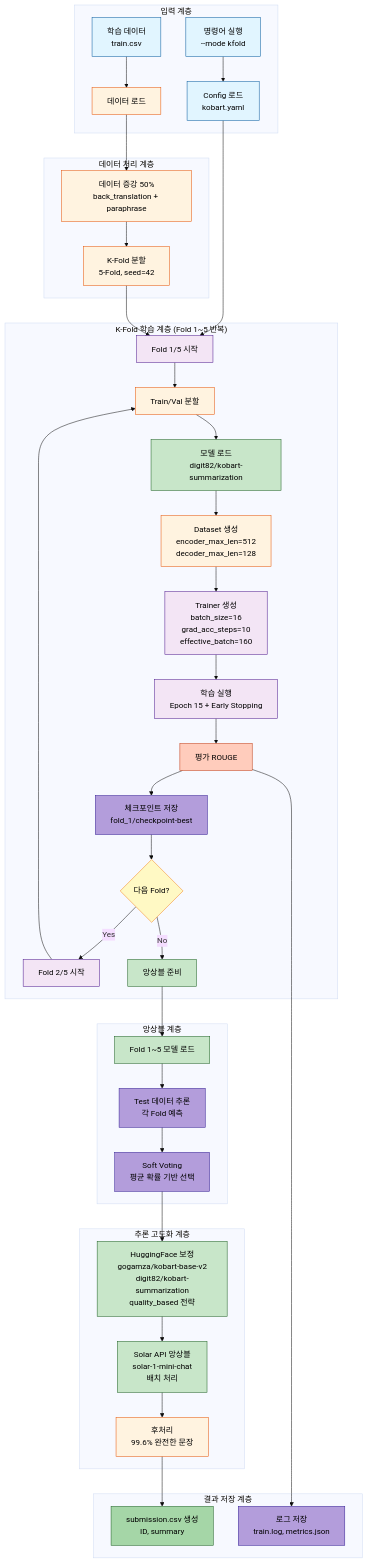
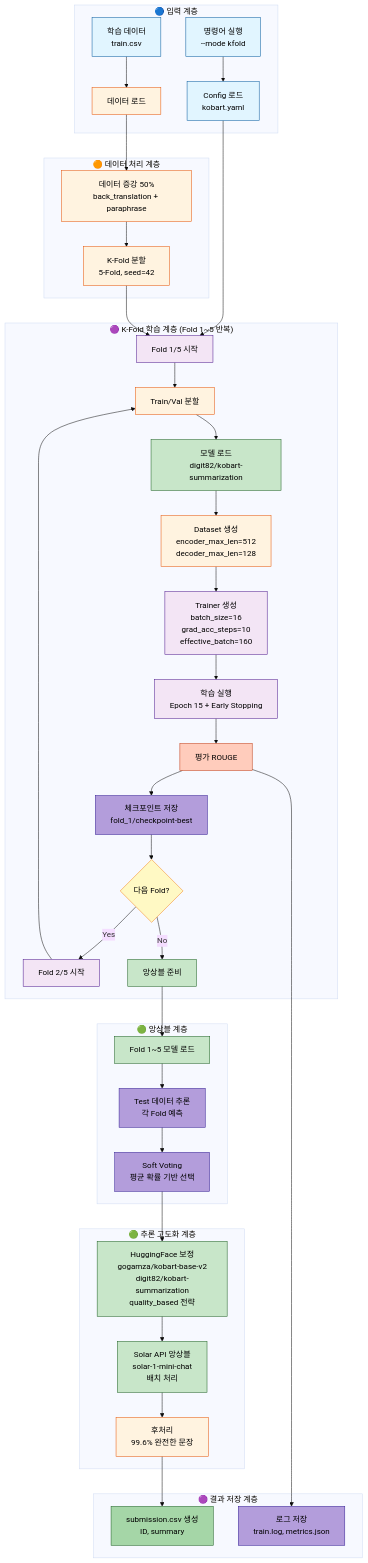
The third of 6 diagrams in docs/모듈화/04_02_KoBART_단일모델_최강_성능_전략.md (AIBootcamp14/naturallanguageprocessingcompetition-nlp-1), drawn with Mermaid (base theme) before and after one commit. The commit also changed other lines of this file, not shown here.

Commit message:
docs: Mermaid subgraph에 ID 및 이모지 추가 변경 내용: - 모든 subgraph에 고유 ID 부여 - 계층별 이모지 추가로 가독성 향상   - 🔵 입력 계층 (input)   - 🟠 데이터 처리 계층 (processing)   - 🟣 최적화/학습 계층 (optimization/training)   - 🟢 앙상블/추론 계층 (ensemble/inference)   - 🟣 결과 저장 계층 (results)   - ⚠️ 중요 정보 (warning) 적용 대상: - 전략 1: Optuna 최적화 파이프라인 - 전략 2: K-Fold 학습 파이프라인 변경 파일: - docs/모듈화/04_02_KoBART_단일모델_최강_성능_전략.md

````diff
--- a/docs/모듈화/04_02_KoBART_단일모델_최강_성능_전략.md
+++ b/docs/모듈화/04_02_KoBART_단일모델_최강_성능_전략.md
@@ -267,71 +267,71 @@
 ```mermaid
 graph TB
-    subgraph "입력 계층"
+    subgraph input["🔵 입력 계층"]
         A[명령어 실행<br/>--mode kfold] --> B[Config 로드<br/>kobart.yaml]
         A1[학습 데이터<br/>train.csv] --> C[데이터 로드]
     end
 
-    subgraph "데이터 처리 계층"
+    subgraph processing["🟠 데이터 처리 계층"]
         C --> D[데이터 증강 50%<br/>back_translation + paraphrase]
         D --> E[K-Fold 분할<br/>5-Fold, seed=42]
     end
 
-    subgraph "K-Fold 학습 계층 (Fold 1~5 반복)"
+    subgraph training["🟣 K-Fold 학습 계층 (Fold 1~5 반복)"]
         B --> F[Fold 1/5 시작]
         E --> F
         F --> G[Train/Val 분할]
         G --> H[모델 로드<br/>digit82/kobart-summarization]
         H --> I[Dataset 생성<br/>encoder_max_len=512<br/>decoder_max_len=128]
         I --> J[Trainer 생성<br/>batch_size=16<br/>grad_acc_steps=10<br/>effective_batch=160]
         J --> K[학습 실행<br/>Epoch 15 + Early Stopping]
         K --> L[평가 ROUGE]
         L --> M[체크포인트 저장<br/>fold_1/checkpoint-best]
         M --> N{다음 Fold?}
         N -->|Yes| O[Fold 2/5 시작]
         O --> G
         N -->|No| P[앙상블 준비]
     end
 
-    subgraph "앙상블 계층"
+    subgraph ensemble["🟢 앙상블 계층"]
         P --> Q[Fold 1~5 모델 로드]
         Q --> R[Test 데이터 추론<br/>각 Fold 예측]
         R --> S[Soft Voting<br/>평균 확률 기반 선택]
     end
 
-    subgraph "추론 고도화 계층"
+    subgraph inference["🟢 추론 고도화 계층"]
         S --> T[HuggingFace 보정<br/>gogamza/kobart-base-v2<br/>digit82/kobart-summarization<br/>quality_based 전략]
         T --> U[Solar API 앙상블<br/>solar-1-mini-chat<br/>배치 처리]
         U --> V[후처리<br/>99.6% 완전한 문장]
     end
 
-    subgraph "결과 저장 계층"
+    subgraph results["🟣 결과 저장 계층"]
         V --> W[submission.csv 생성<br/>ID, summary]
         L --> X[로그 저장<br/>train.log, metrics.json]
     end
 
     style A fill:#e1f5ff,stroke:#01579b,color:#000
     style A1 fill:#e1f5ff,stroke:#01579b,color:#000
     style B fill:#e1f5ff,stroke:#01579b,color:#000
     style C fill:#fff3e0,stroke:#e65100,color:#000
     style D fill:#fff3e0,stroke:#e65100,color:#000
     style E fill:#fff3e0,stroke:#e65100,color:#000
     style F fill:#f3e5f5,stroke:#4a148c,color:#000
     style G fill:#fff3e0,stroke:#e65100,color:#000
     style H fill:#c8e6c9,stroke:#1b5e20,color:#000
     style I fill:#fff3e0,stroke:#e65100,color:#000
     style J fill:#f3e5f5,stroke:#4a148c,color:#000
     style K fill:#f3e5f5,stroke:#4a148c,color:#000
     style L fill:#ffccbc,stroke:#bf360c,color:#000
     style M fill:#b39ddb,stroke:#311b92,color:#000
     style N fill:#fff9c4,stroke:#f57f17,color:#000
     style O fill:#f3e5f5,stroke:#4a148c,color:#000
     style P fill:#c8e6c9,stroke:#1b5e20,color:#000
     style Q fill:#c8e6c9,stroke:#1b5e20,color:#000
     style R fill:#b39ddb,stroke:#311b92,color:#000
     style S fill:#b39ddb,stroke:#311b92,color:#000
     style T fill:#c8e6c9,stroke:#1b5e20,color:#000
     style U fill:#c8e6c9,stroke:#1b5e20,color:#000
     style V fill:#fff3e0,stroke:#e65100,color:#000
     style W fill:#a5d6a7,stroke:#1b5e20,color:#000
     style X fill:#b39ddb,stroke:#311b92,color:#000
 ```
````
